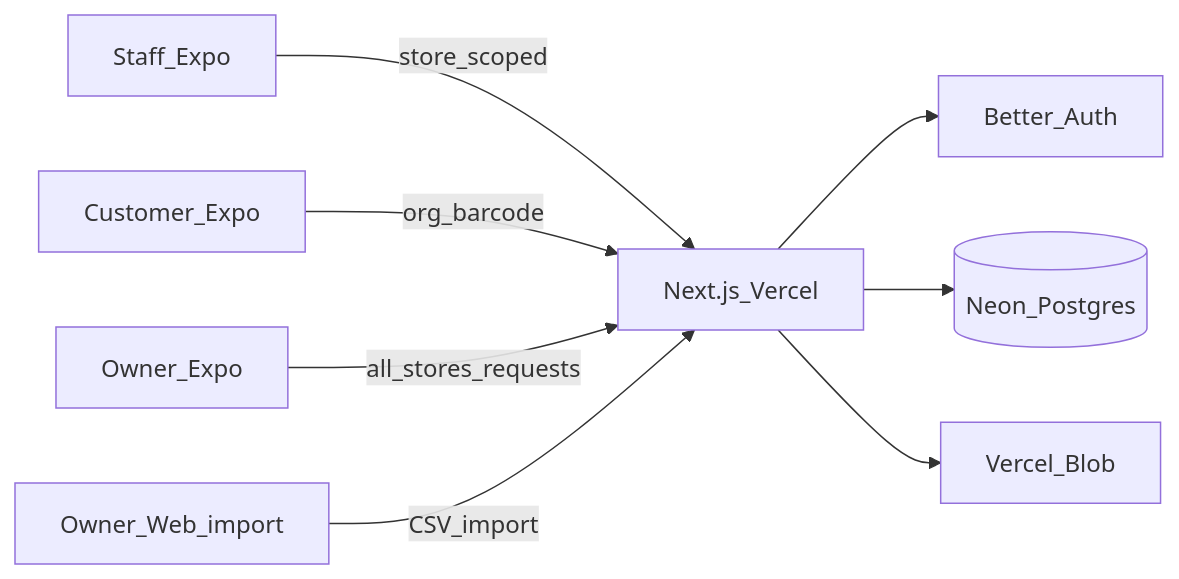
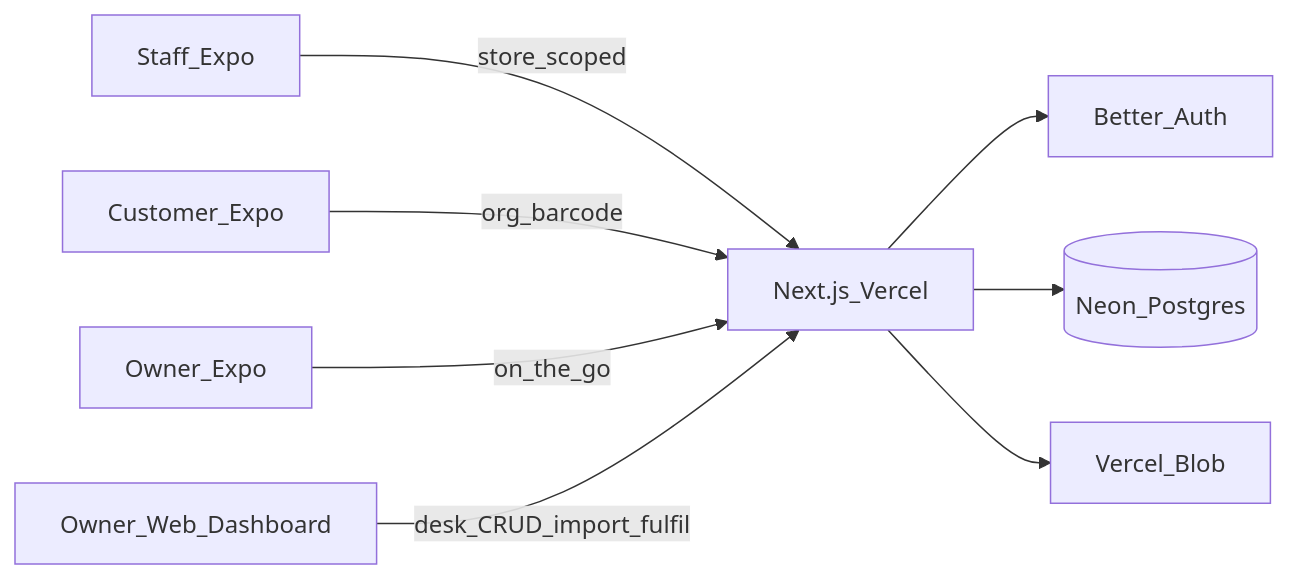
One commit to hemanthnarravula/off-licence-app changed the first of 2 diagrams in PLAN.md. Above: the diagram before and after it, drawn with Mermaid. The commit also changed other lines of this file, not shown here.

First line of the commit message:
Add owner/manager web dashboard to the plan. (#2)

````diff
--- a/PLAN.md
+++ b/PLAN.md
@@ -22,10 +24,10 @@
 ```mermaid
 flowchart LR
   Staff[Staff_Expo] -->|store_scoped| API[Next.js_Vercel]
   Customer[Customer_Expo] -->|org_barcode| API
-  Owner[Owner_Expo] -->|all_stores_requests| API
-  OwnerWeb[Owner_Web_import] -->|CSV_import| API
+  OwnerMobile[Owner_Expo] -->|on_the_go| API
+  OwnerDash[Owner_Web_Dashboard] -->|desk_CRUD_import_fulfil| API
   API --> Auth[Better_Auth]
   API --> DB[(Neon_Postgres)]
   API --> Blob[Vercel_Blob]
 ```
````
